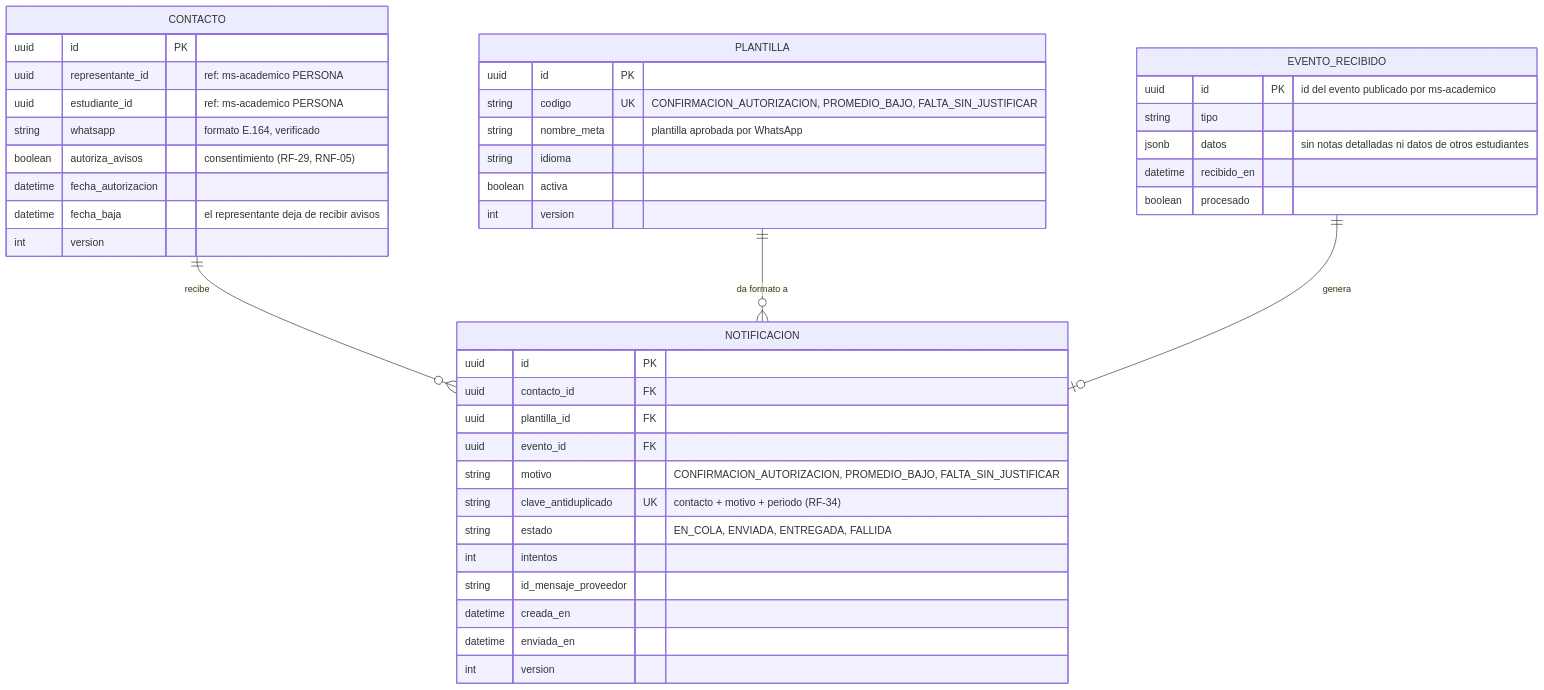
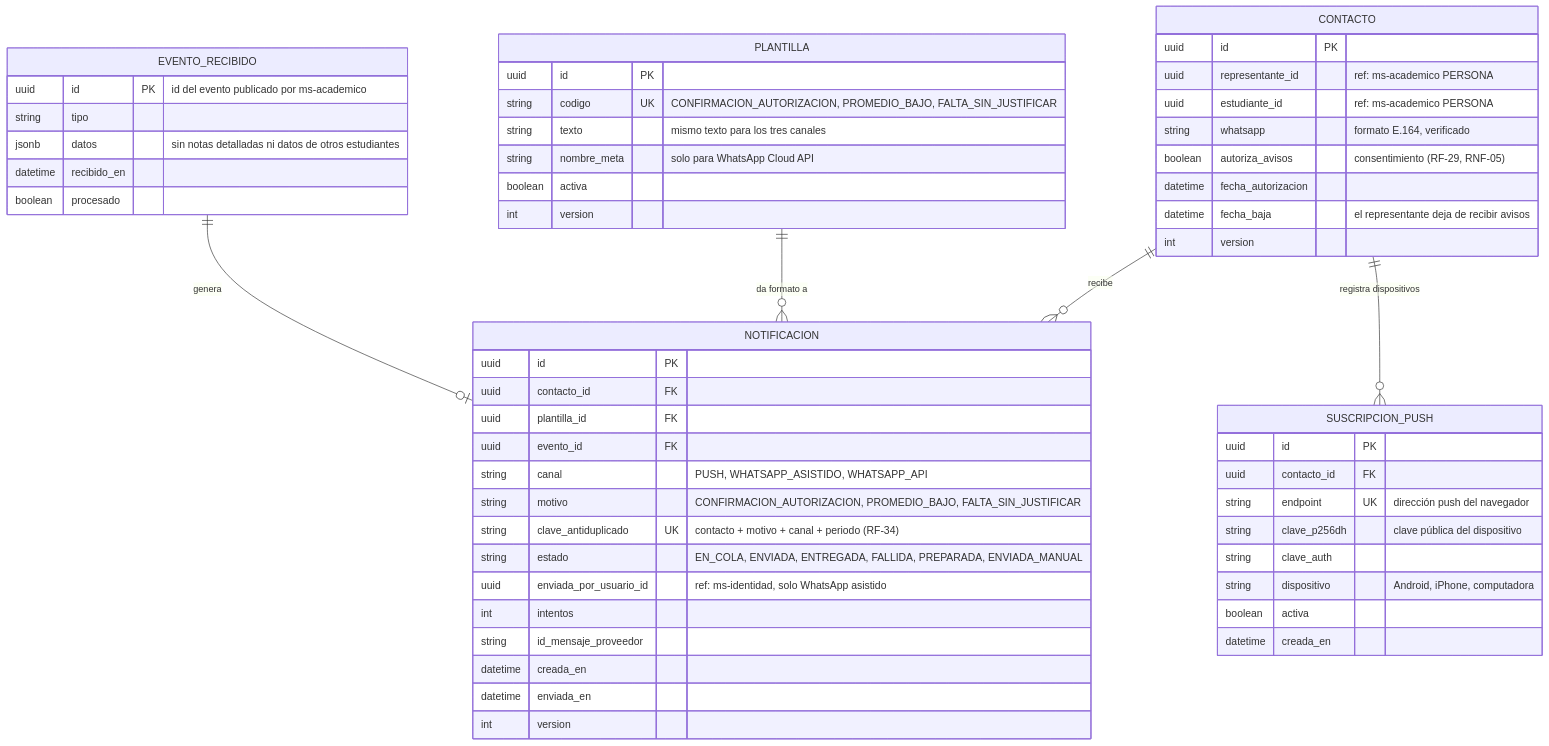
Before and after one commit to SB-Solutions-EC/AulaConecta: the second of 3 diagrams in docs/arquitectura/modelo_datos.md, drawn with Mermaid. The commit also changed other lines of this file and 4 other files, not shown here.

Commit message:
Avisos por niveles (push, WhatsApp asistido y WhatsApp API opcional) y solicitud de cambio CR-01

````diff
--- a/docs/arquitectura/modelo_datos.md
+++ b/docs/arquitectura/modelo_datos.md
@@ -205,46 +205,59 @@
 ```mermaid
 erDiagram
     CONTACTO ||--o{ NOTIFICACION : "recibe"
+    CONTACTO ||--o{ SUSCRIPCION_PUSH : "registra dispositivos"
     PLANTILLA ||--o{ NOTIFICACION : "da formato a"
     EVENTO_RECIBIDO ||--o| NOTIFICACION : "genera"
 
     CONTACTO {
         uuid id PK
         uuid representante_id "ref: ms-academico PERSONA"
         uuid estudiante_id "ref: ms-academico PERSONA"
         string whatsapp "formato E.164, verificado"
         boolean autoriza_avisos "consentimiento (RF-29, RNF-05)"
         datetime fecha_autorizacion
         datetime fecha_baja "el representante deja de recibir avisos"
         int version
     }
+    SUSCRIPCION_PUSH {
+        uuid id PK
+        uuid contacto_id FK
+        string endpoint UK "dirección push del navegador"
+        string clave_p256dh "clave pública del dispositivo"
+        string clave_auth
+        string dispositivo "Android, iPhone, computadora"
+        boolean activa
+        datetime creada_en
+    }
     PLANTILLA {
         uuid id PK
         string codigo UK "CONFIRMACION_AUTORIZACION, PROMEDIO_BAJO, FALTA_SIN_JUSTIFICAR"
-        string nombre_meta "plantilla aprobada por WhatsApp"
-        string idioma
+        string texto "mismo texto para los tres canales"
+        string nombre_meta "solo para WhatsApp Cloud API"
         boolean activa
         int version
     }
     EVENTO_RECIBIDO {
         uuid id PK "id del evento publicado por ms-academico"
         string tipo
         jsonb datos "sin notas detalladas ni datos de otros estudiantes"
         datetime recibido_en
         boolean procesado
     }
     NOTIFICACION {
         uuid id PK
         uuid contacto_id FK
         uuid plantilla_id FK
         uuid evento_id FK
+        string canal "PUSH, WHATSAPP_ASISTIDO, WHATSAPP_API"
         string motivo "CONFIRMACION_AUTORIZACION, PROMEDIO_BAJO, FALTA_SIN_JUSTIFICAR"
-        string clave_antiduplicado UK "contacto + motivo + periodo (RF-34)"
-        string estado "EN_COLA, ENVIADA, ENTREGADA, FALLIDA"
+        string clave_antiduplicado UK "contacto + motivo + canal + periodo (RF-34)"
+        string estado "EN_COLA, ENVIADA, ENTREGADA, FALLIDA, PREPARADA, ENVIADA_MANUAL"
+        uuid enviada_por_usuario_id "ref: ms-identidad, solo WhatsApp asistido"
         int intentos
         string id_mensaje_proveedor
         datetime creada_en
         datetime enviada_en
         int version
     }
 ```
````
